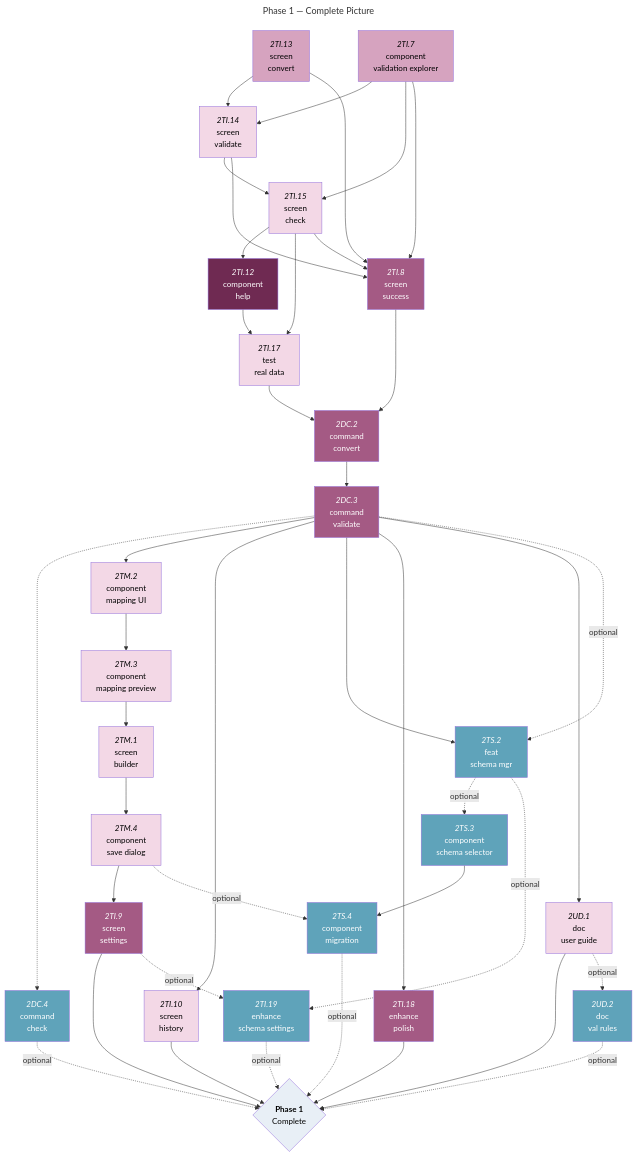
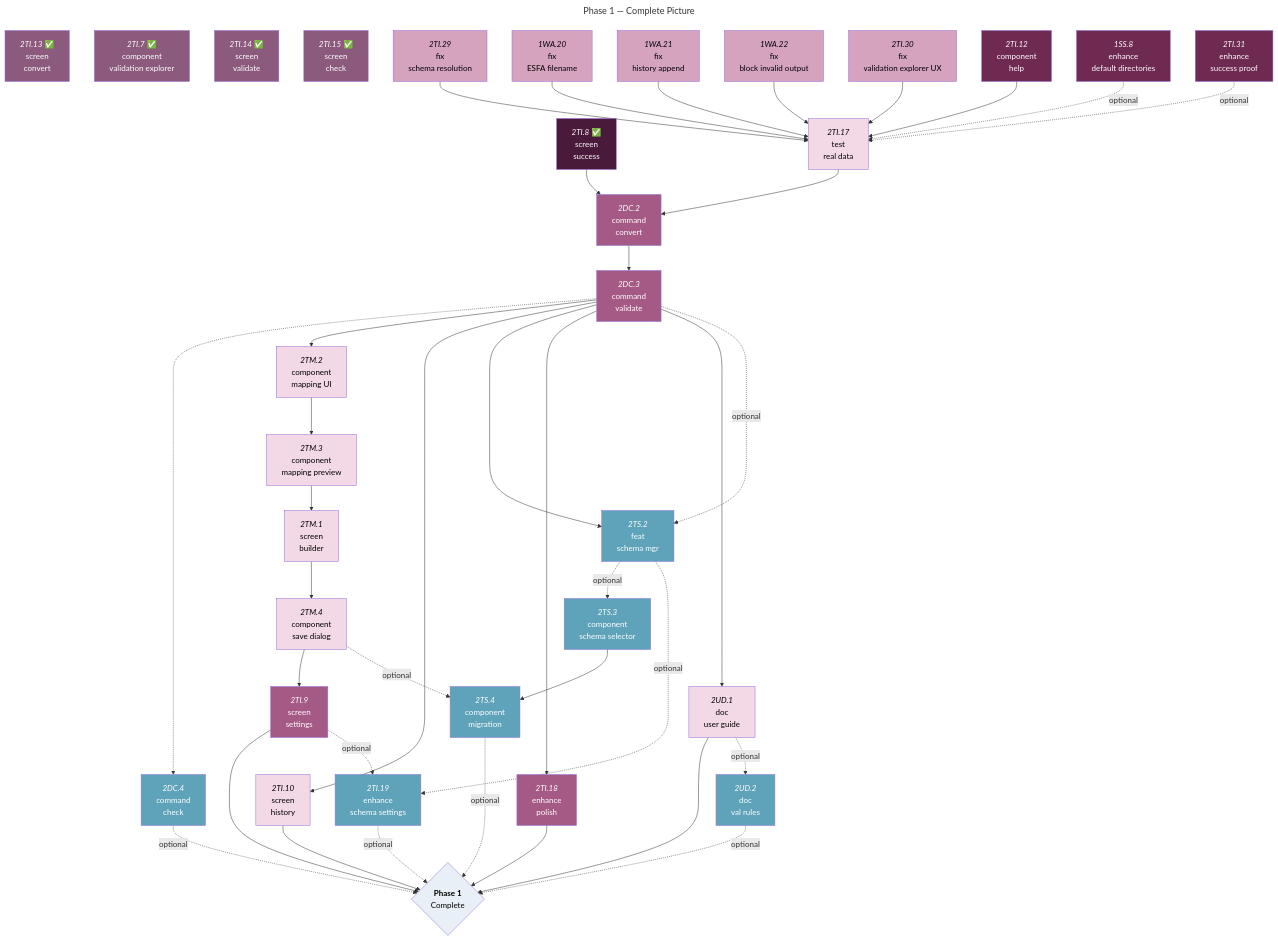
Before and after one commit to foundersandcoders/iris: the fifth of 5 diagrams in docs/roadmaps/phase-1-mvp-features.md, drawn with Mermaid. The commit also changed other lines of this file, not shown here.

Commit message:
docs: add fixes to roadmap

```diff
--- a/docs/roadmaps/phase-1-mvp-features.md
+++ b/docs/roadmaps/phase-1-mvp-features.md
@@ -313,14 +334,23 @@
 ---
 graph TD
 
-%% M2A Core Tasks %%
-2TI.13["`*2TI.13*<br/>screen<br/>convert`"]:::must-open
-2TI.7["`*2TI.7*<br/>component<br/>validation explorer`"]:::must-open
-2TI.14["`*2TI.14*<br/>screen<br/>validate`"]:::must-blocked
-2TI.15["`*2TI.15*<br/>screen<br/>check`"]:::must-blocked
+%% M2A Completed %%
+2TI.13["`*2TI.13* ✅<br/>screen<br/>convert`"]:::must-done
+2TI.7["`*2TI.7* ✅<br/>component<br/>validation explorer`"]:::must-done
+2TI.14["`*2TI.14* ✅<br/>screen<br/>validate`"]:::must-done
+2TI.15["`*2TI.15* ✅<br/>screen<br/>check`"]:::must-done
+2TI.8["`*2TI.8* ✅<br/>screen<br/>success`"]:::should-done
+
+%% M2A Open — bugs/fixes before real-data testing %%
+2TI.29["`*2TI.29*<br/>fix<br/>schema resolution`"]:::must-open
+1WA.20["`*1WA.20*<br/>fix<br/>ESFA filename`"]:::must-open
+1WA.21["`*1WA.21*<br/>fix<br/>history append`"]:::must-open
+1WA.22["`*1WA.22*<br/>fix<br/>block invalid output`"]:::must-open
+2TI.30["`*2TI.30*<br/>fix<br/>validation explorer UX`"]:::must-open
+1SS.8["`*1SS.8*<br/>enhance<br/>default directories`"]:::should-open
+2TI.31["`*2TI.31*<br/>enhance<br/>success proof`"]:::should-open
+2TI.12["`*2TI.12*<br/>component<br/>help`"]:::should-open
 2TI.17["`*2TI.17*<br/>test<br/>real data`"]:::must-blocked
-2TI.12["`*2TI.12*<br/>component<br/>help`"]:::should-open
-2TI.8["`*2TI.8*<br/>screen<br/>success`"]:::should-blocked
 
 %% M2B Tasks %%
 2DC.2["`*2DC.2*<br/>command<br/>convert`"]:::should-blocked
@@ -346,11 +376,7 @@
 phase1{"`**Phase 1**<br/>Complete`"}:::mile
 
 %% M2A Dependencies %%
-2TI.13 --> 2TI.14 & 2TI.8
-2TI.7 --> 2TI.14 & 2TI.15 & 2TI.8
-2TI.14 --> 2TI.15 & 2TI.8
-2TI.15 --> 2TI.12 & 2TI.17 & 2TI.8
-2TI.12 --> 2TI.17
+2TI.29 & 1WA.20 & 1WA.21 & 1WA.22 & 2TI.30 & 2TI.12 --> 2TI.17
 
 %% M2B Dependencies %%
 2TI.8 & 2TI.17 --> 2DC.2
@@ -373,10 +399,12 @@
 2DC.3 -.->| optional | 2TS.2
 2TS.2 -.->| optional | 2TS.3 & 2TI.19
 2DC.4 & 2TI.19 & 2TS.4 & 2UD.2 -.->| optional | phase1
+1SS.8 & 2TI.31 -.->| optional | 2TI.17
 
 classDef must-done fill:#8B5A7D,color:#fff;
 classDef must-open fill:#D6A3BF,color:#000;
 classDef must-blocked fill:#F3D8E6,color:#000;
+classDef should-done fill:#4A1A3A,color:#fff;
 classDef should-open fill:#6F2A52,color:#fff;
 classDef should-blocked fill:#A45A84,color:#fff;
 classDef could-open fill:#3E7F96,color:#fff;
```
